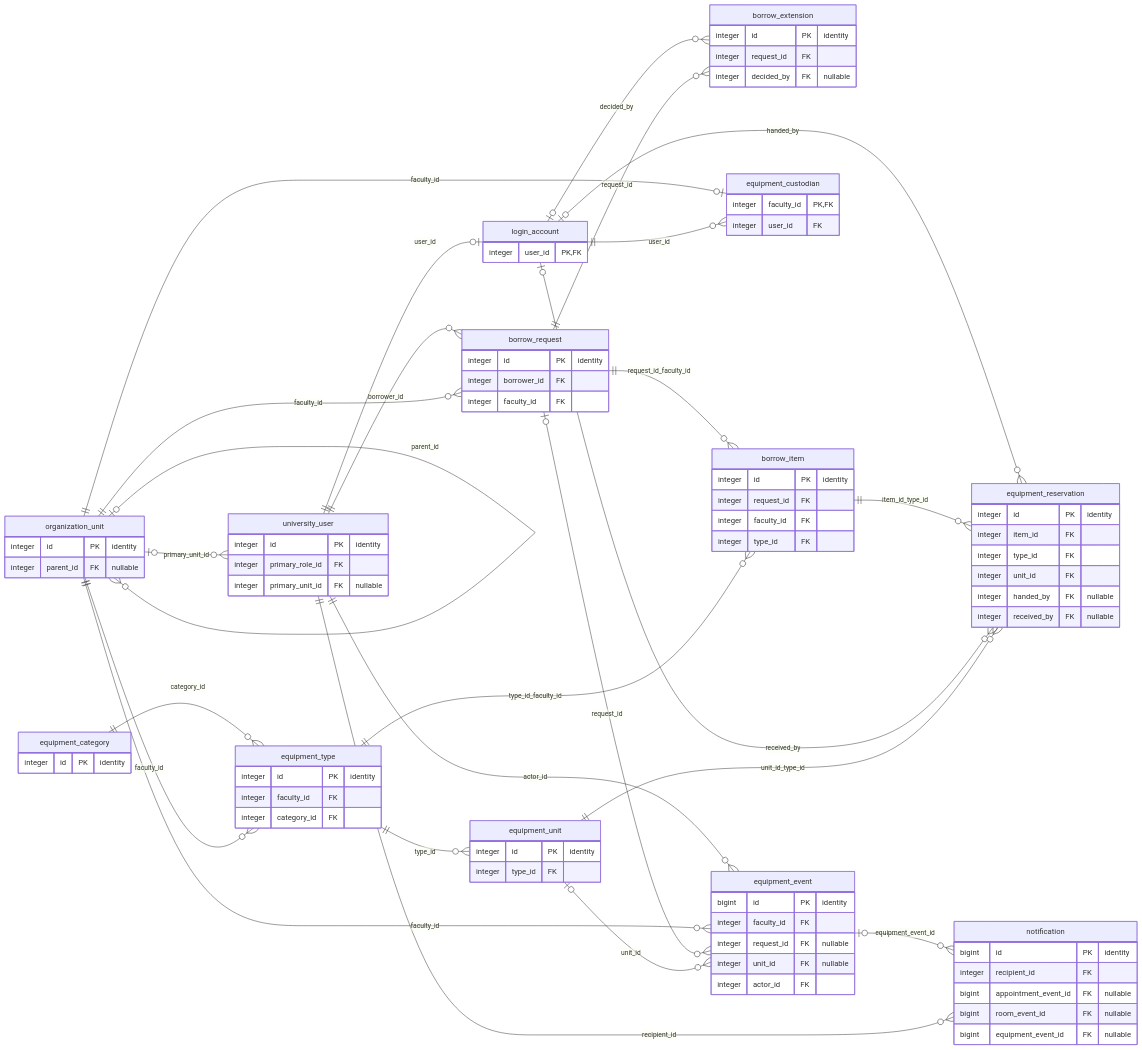
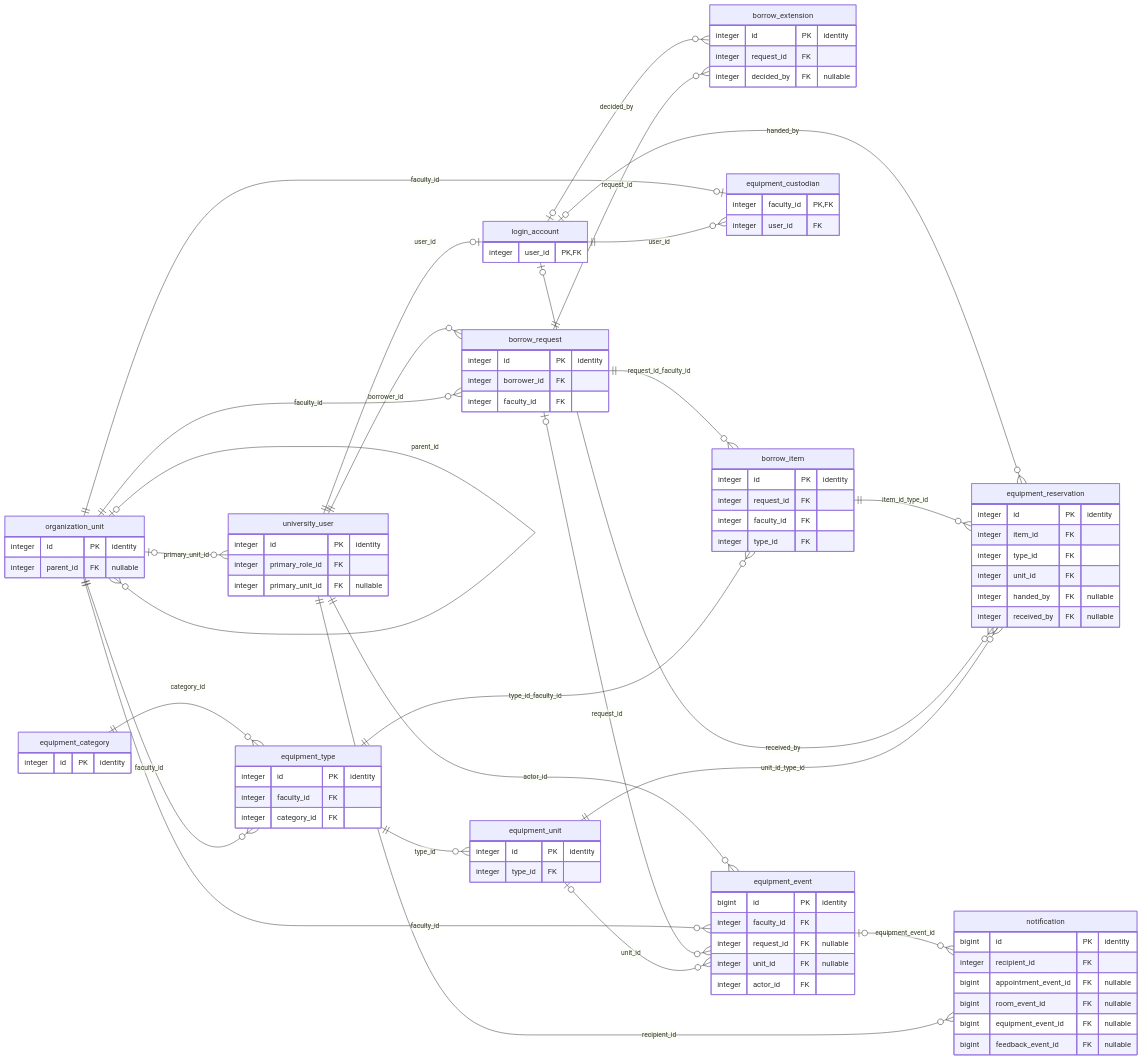
One commit to najib-attar/resource-allocation-system changed the diagram in docs/architecture/equipment-er.mmd. Above: the diagram before and after it, drawn with Mermaid. The commit also changed 16 other files, not shown here.

```diff
--- a/docs/architecture/equipment-er.mmd
+++ b/docs/architecture/equipment-er.mmd
@@ -1,93 +1,94 @@
 %% Generated by scripts/generate_database_diagrams.py; do not edit manually.
 erDiagram
     direction LR
     borrow_extension {
         integer id PK "identity"
         integer request_id FK
         integer decided_by FK "nullable"
     }
     borrow_item {
         integer id PK "identity"
         integer request_id FK
         integer faculty_id FK
         integer type_id FK
     }
     borrow_request {
         integer id PK "identity"
         integer borrower_id FK
         integer faculty_id FK
     }
     equipment_category {
         integer id PK "identity"
     }
     equipment_custodian {
         integer faculty_id PK,FK
         integer user_id FK
     }
     equipment_event {
         bigint id PK "identity"
         integer faculty_id FK
         integer request_id FK "nullable"
         integer unit_id FK "nullable"
         integer actor_id FK
     }
     equipment_reservation {
         integer id PK "identity"
         integer item_id FK
         integer type_id FK
         integer unit_id FK
         integer handed_by FK "nullable"
         integer received_by FK "nullable"
     }
     equipment_type {
         integer id PK "identity"
         integer faculty_id FK
         integer category_id FK
     }
     equipment_unit {
         integer id PK "identity"
         integer type_id FK
     }
     login_account {
         integer user_id PK,FK
     }
     notification {
         bigint id PK "identity"
         integer recipient_id FK
         bigint appointment_event_id FK "nullable"
         bigint room_event_id FK "nullable"
         bigint equipment_event_id FK "nullable"
+        bigint feedback_event_id FK "nullable"
     }
     organization_unit {
         integer id PK "identity"
         integer parent_id FK "nullable"
     }
     university_user {
         integer id PK "identity"
         integer primary_role_id FK
         integer primary_unit_id FK "nullable"
     }
     login_account o|--o{ borrow_extension : decided_by
     borrow_request ||--o{ borrow_extension : request_id
     borrow_request ||--o{ borrow_item : request_id_faculty_id
     equipment_type ||--o{ borrow_item : type_id_faculty_id
     university_user ||--o{ borrow_request : borrower_id
     organization_unit ||--o{ borrow_request : faculty_id
     organization_unit ||--o| equipment_custodian : faculty_id
     login_account ||--o{ equipment_custodian : user_id
     university_user ||--o{ equipment_event : actor_id
     organization_unit ||--o{ equipment_event : faculty_id
     borrow_request o|--o{ equipment_event : request_id
     equipment_unit o|--o{ equipment_event : unit_id
     login_account o|--o{ equipment_reservation : handed_by
     borrow_item ||--o{ equipment_reservation : item_id_type_id
     login_account o|--o{ equipment_reservation : received_by
     equipment_unit ||--o{ equipment_reservation : unit_id_type_id
     equipment_category ||--o{ equipment_type : category_id
     organization_unit ||--o{ equipment_type : faculty_id
     equipment_type ||--o{ equipment_unit : type_id
     university_user ||--o| login_account : user_id
     equipment_event o|--o{ notification : equipment_event_id
     university_user ||--o{ notification : recipient_id
     organization_unit o|--o{ organization_unit : parent_id
     organization_unit o|--o{ university_user : primary_unit_id
```
